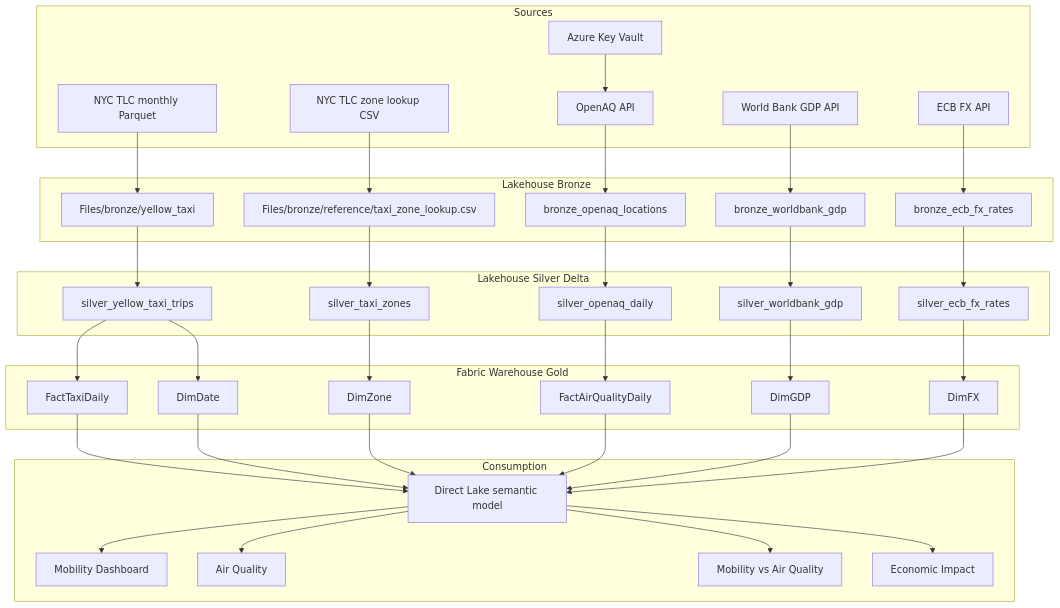
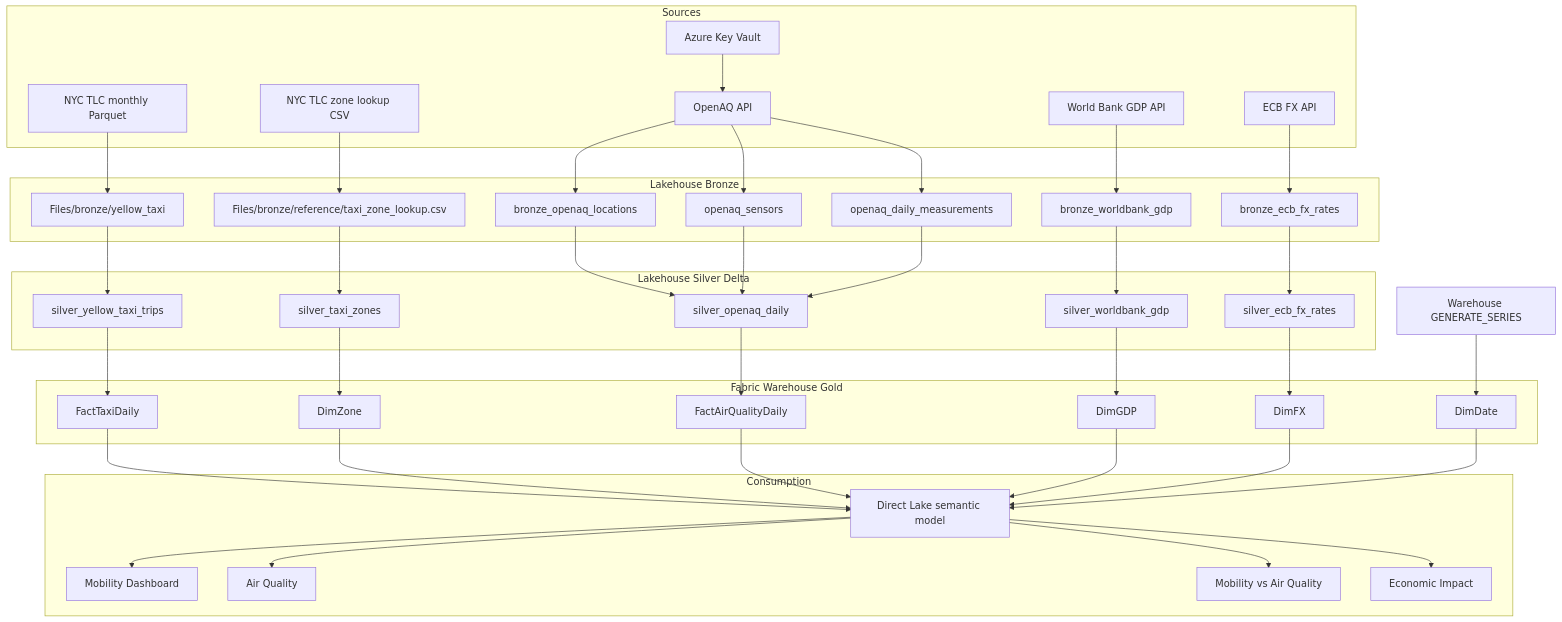
The diagram in docs/lineage.md (AnastasiiaHorobets/nyc-taxi-fabric-engineering), drawn with Mermaid before and after one commit. The commit also changed other lines of this file and 5 other files, not shown here.

````diff
--- a/docs/lineage.md
+++ b/docs/lineage.md
@@ -5,62 +5,70 @@
 ```mermaid
 flowchart TB
     subgraph Sources
         TLC[NYC TLC monthly Parquet]
         ZONE[NYC TLC zone lookup CSV]
         OA[OpenAQ API]
         WB[World Bank GDP API]
         ECB[ECB FX API]
         KV[Azure Key Vault]
     end
 
     subgraph Bronze[Lakehouse Bronze]
         TB[Files/bronze/yellow_taxi]
         ZB[Files/bronze/reference/taxi_zone_lookup.csv]
-        OAB[bronze_openaq_locations]
+        OAL[bronze_openaq_locations]
+        OASEN[openaq_sensors]
+        OAM[openaq_daily_measurements]
         WBB[bronze_worldbank_gdp]
         ECBB[bronze_ecb_fx_rates]
     end
 
     subgraph Silver[Lakehouse Silver Delta]
         TS[silver_yellow_taxi_trips]
         ZS[silver_taxi_zones]
         OAS[silver_openaq_daily]
         WBS[silver_worldbank_gdp]
         ECBS[silver_ecb_fx_rates]
     end
 
     subgraph Gold[Fabric Warehouse Gold]
         FT[FactTaxiDaily]
         FA[FactAirQualityDaily]
         DD[DimDate]
         DZ[DimZone]
         DFX[DimFX]
         DGDP[DimGDP]
     end
 
     subgraph Consumption
         SM[Direct Lake semantic model]
         MOB[Mobility Dashboard]
         AIR[Air Quality]
         CORR[Mobility vs Air Quality]
         ECON[Economic Impact]
     end
 
     TLC --> TB --> TS --> FT
     ZONE --> ZB --> ZS --> DZ
-    KV --> OA --> OAB --> OAS --> FA
+    KV --> OA
+    OA --> OAL
+    OA --> OASEN
+    OA --> OAM
+    OAL --> OAS
+    OASEN --> OAS
+    OAM --> OAS --> FA
     WB --> WBB --> WBS --> DGDP
     ECB --> ECBB --> ECBS --> DFX
-    TS --> DD
+    DATEGEN[Warehouse GENERATE_SERIES] --> DD
 
     FT --> SM
     FA --> SM
     DD --> SM
     DZ --> SM
     DFX --> SM
     DGDP --> SM
     SM --> MOB
     SM --> AIR
     SM --> CORR
     SM --> ECON
 ```
````
